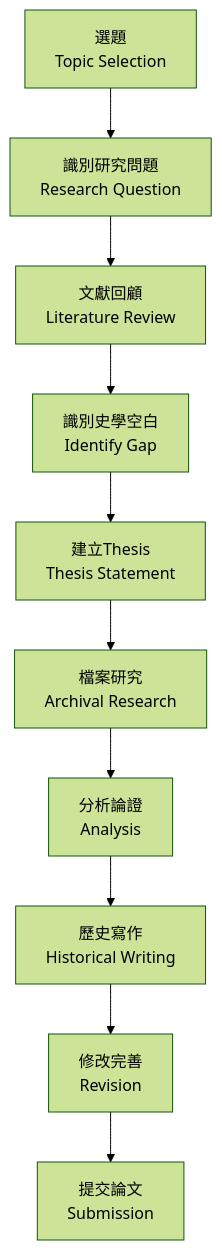
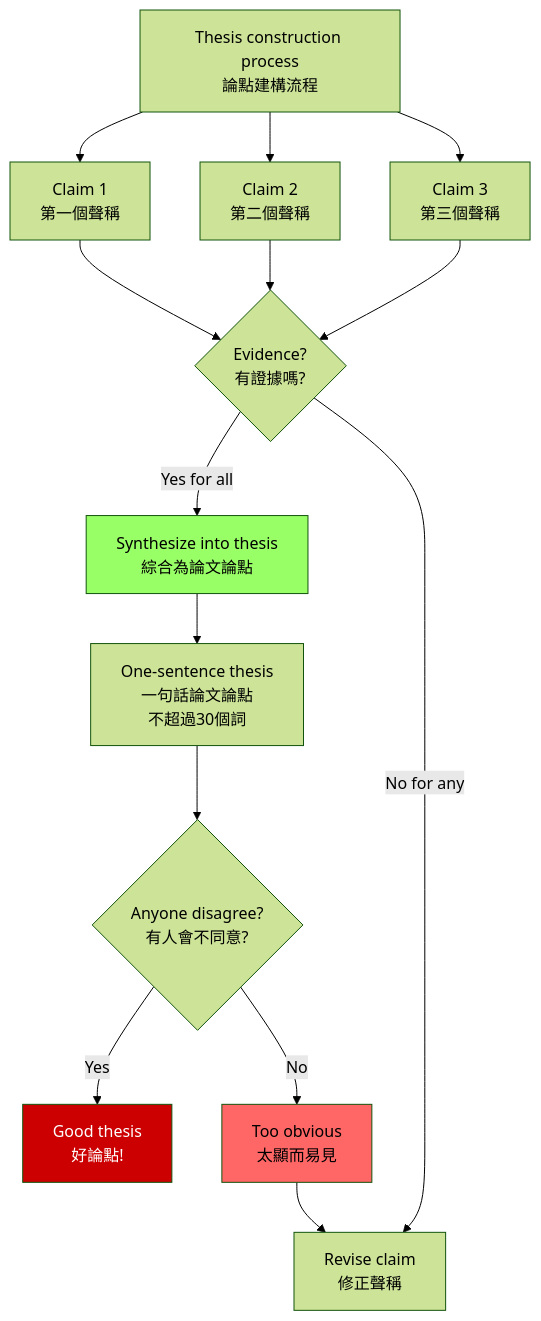
One commit to yip-lgtm/HKU-Harvard-History-Self-Study changed the third of 5 diagrams in 01_HKU_Courses/HIST4017_Dissertation_Elective.md. Above: the diagram before and after it, drawn with Mermaid (forest theme). The commit also changed other lines of this file and 2 other files, not shown here.

````diff
--- a/01_HKU_Courses/HIST4017_Dissertation_Elective.md
+++ b/01_HKU_Courses/HIST4017_Dissertation_Elective.md
@@ -312,12 +188,23 @@
 ```mermaid
 flowchart TD
-    A[選題<br/>Topic Selection] --> B[識別研究問題<br/>Research Question]
-    B --> C[文獻回顧<br/>Literature Review]
-    C --> D[識別史學空白<br/>Identify Gap]
-    D --> E[建立Thesis<br/>Thesis Statement]
-    E --> F[檔案研究<br/>Archival Research]
-    F --> G[分析論證<br/>Analysis]
-    G --> H[歷史寫作<br/>Historical Writing]
-    H --> I[修改完善<br/>Revision]
-    I --> J[提交論文<br/>Submission]
+    A[Thesis construction process<br/>論點建構流程] --> B[Claim 1<br/>第一個聲稱]
+    A --> C[Claim 2<br/>第二個聲稱]
+    A --> D[Claim 3<br/>第三個聲稱]
+    
+    B --> E{Evidence?<br/>有證據嗎?}
+    C --> E
+    D --> E
+    
+    E -->|Yes for all| F[Synthesize into thesis<br/>綜合為論文論點]
+    E -->|No for any| G[Revise claim<br/>修正聲稱]
+    
+    F --> H[One-sentence thesis<br/>一句話論文論點<br/>不超過30個詞]
+    H --> I{Anyone disagree?<br/>有人會不同意?}
+    I -->|Yes| J[Good thesis<br/>好論點!]
+    I -->|No| K[Too obvious<br/>太顯而易見]
+    K --> G
+    
+    style F fill:#9f6
+    style J fill:#c00,color:#fff
+    style K fill:#f66
 ```
````
